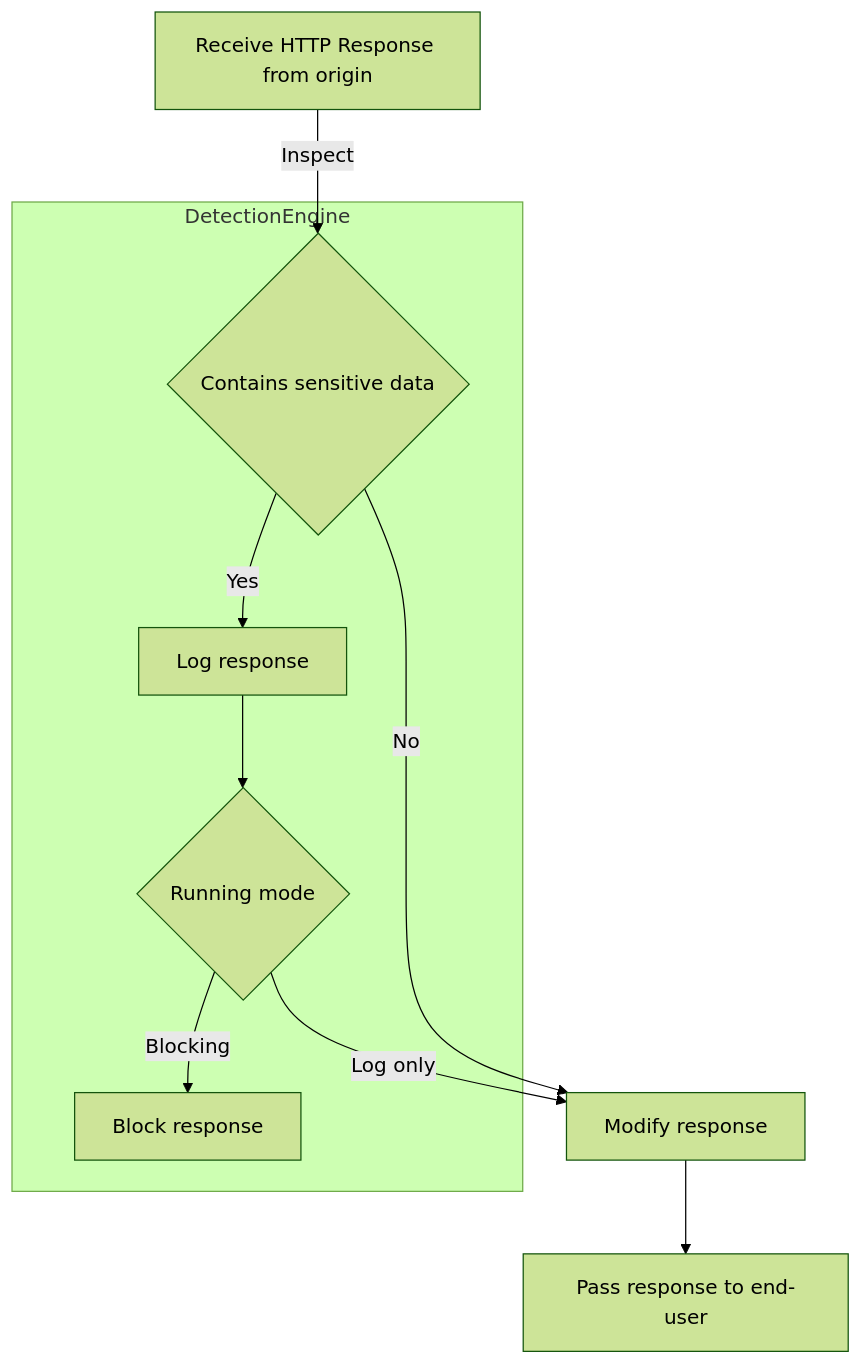
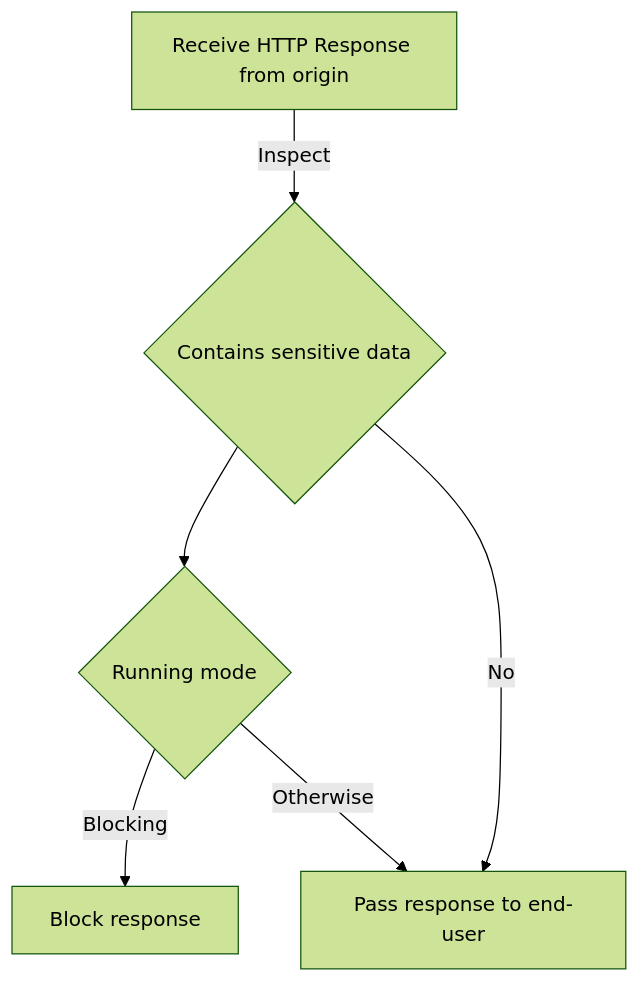
Before and after one commit to mcdobr/yawaf: the diagram in doc/diagrams/activity_response.mmd, drawn with Mermaid (forest theme). The commit also changed 1 other file, not shown here.

Commit message:
Refactor mermaid diagrams

```diff
--- a/doc/diagrams/activity_response.mmd
+++ b/doc/diagrams/activity_response.mmd
@@ -1,12 +1,8 @@
 graph TD
     A[Receive HTTP Response from origin] --> |Inspect| B{Contains sensitive data}
 
-    subgraph DetectionEngine
-    B --> |Yes|C[Log response]
-    C --> F{Running mode}
+    B --> F{Running mode}
     F --> |Blocking| G[Block response]
-    end DetectionEngine
 
-    B --> |No|D[No]
-    F --> |Log only| D[Modify response]
-    D --> I[Pass response to end-user]
+    B --> |No|I[Pass response to end-user]
+    F --> |Otherwise|I
```
